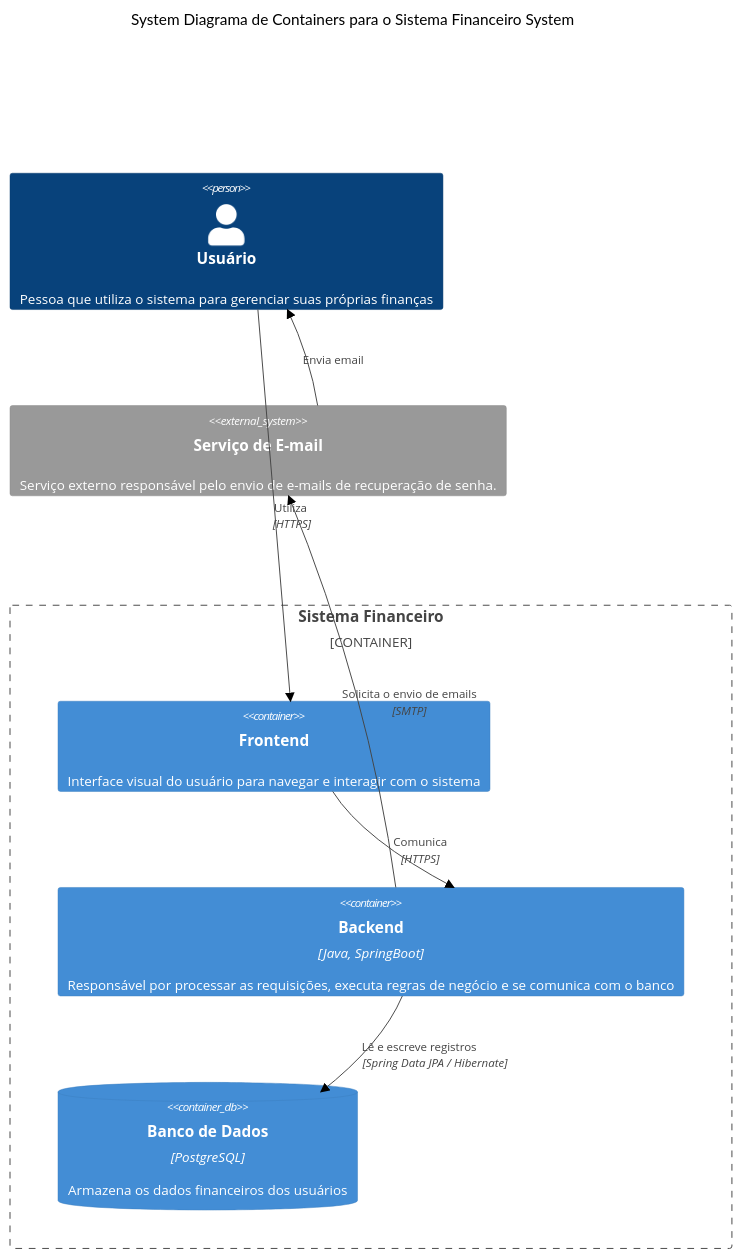
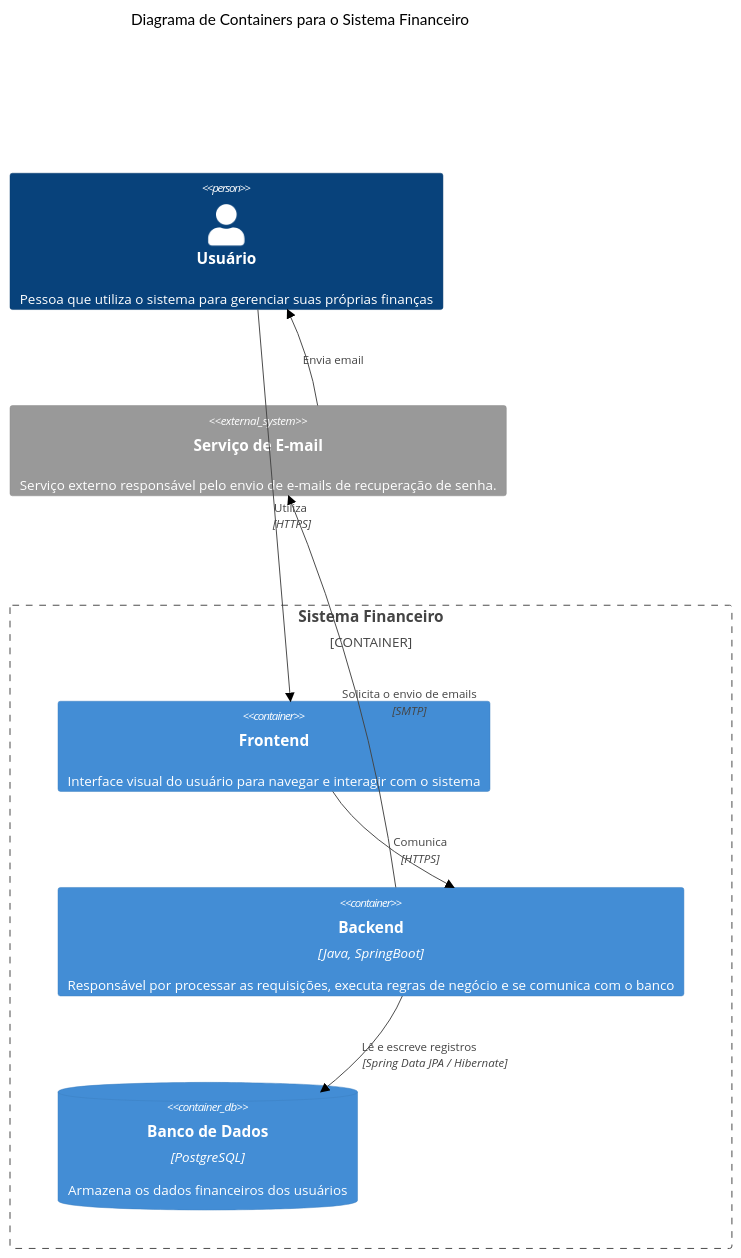
The diagram in documentation/diagrams/c4-containers.md (TiagoPaulin/Sistema_Financeiro), drawn with Mermaid (neutral theme) before and after one commit. The commit also changed 1 other file, not shown here.

Commit message:
C4 Diagrams fixes

````diff
--- a/documentation/diagrams/c4-containers.md
+++ b/documentation/diagrams/c4-containers.md
@@ -3,16 +3,16 @@
 ```mermaid
-C4Context
-    title System Diagrama de Containers para o Sistema Financeiro System
+C4Container
+    title Diagrama de Containers para o Sistema Financeiro
     Person(customer, "Usuário", "Pessoa que utiliza o sistema para gerenciar suas próprias finanças")
-    Container_Boundary(c1, "Sistema Financeiro") {
+    Container_Boundary(c0, "Sistema Financeiro") {
         Container(front, "Frontend", "", "Interface visual do usuário para navegar e interagir com o sistema")
         Container(back, "Backend", "Java, SpringBoot", "Responsável por processar as requisições, executa regras de negócio e se comunica com o banco")
         ContainerDb(database, "Banco de Dados", "PostgreSQL", "Armazena os dados financeiros dos usuários")
     }
     System_Ext(system_ext, "Serviço de E-mail", "Serviço externo responsável pelo envio de e-mails de recuperação de senha.")
     Rel(customer, front, "Utiliza", "HTTPS")
     Rel(front, back, "Comunica", "HTTPS")
     Rel(back, database, "Lê e escreve registros", "Spring Data JPA / Hibernate")
     Rel(back, system_ext, "Solicita o envio de emails", "SMTP")
     Rel(system_ext, customer, "Envia email")
 ```
````
